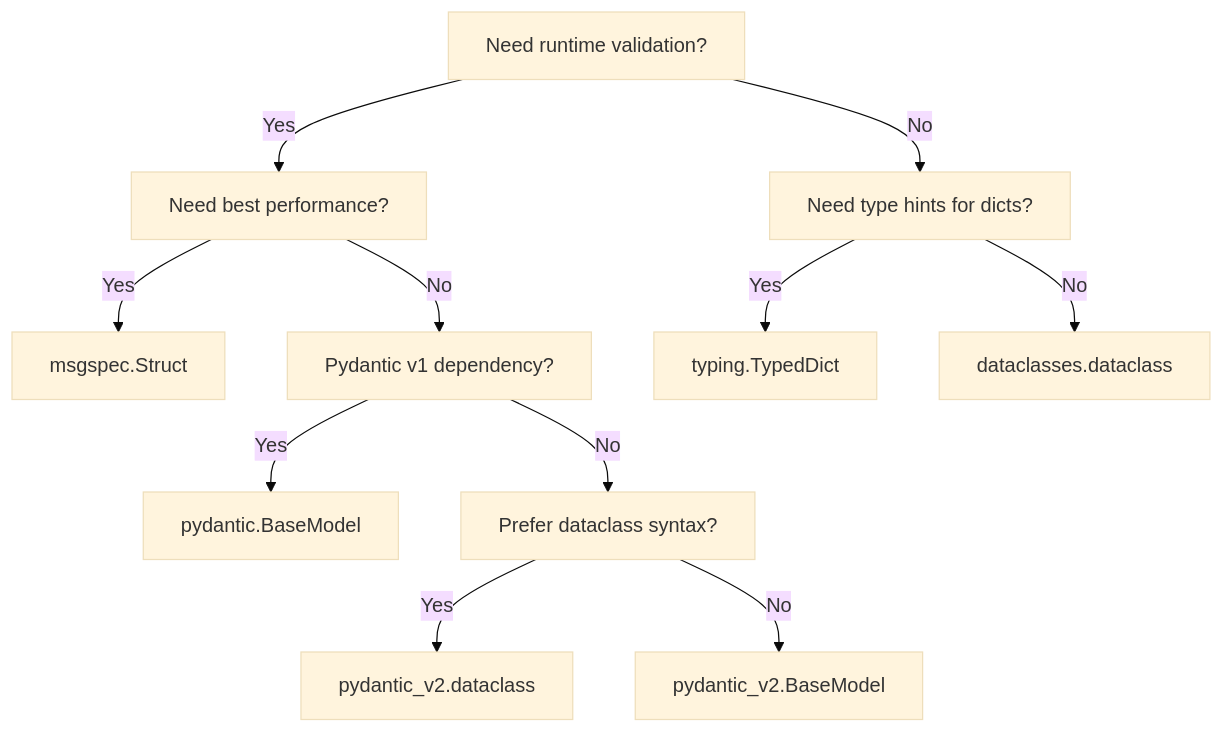
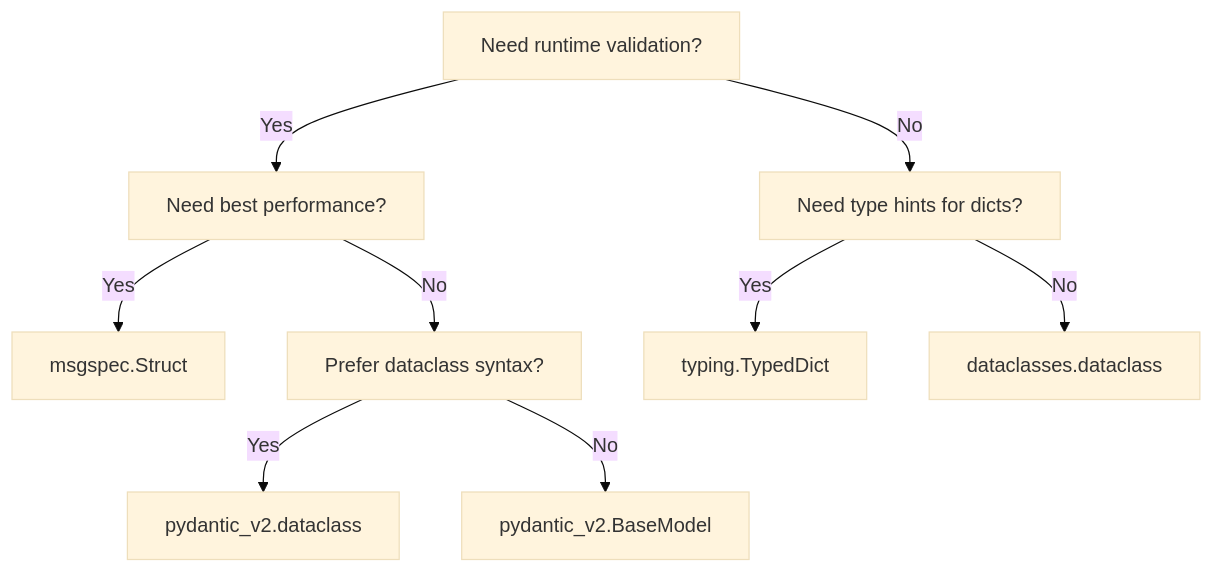
One commit to koxudaxi/datamodel-code-generator changed the diagram in docs/what_is_the_difference_between_v1_and_v2.md. Above: the diagram before and after it, drawn with Mermaid (base theme). The commit also changed other lines of this file and 380 other files, not shown here.

````diff
--- a/docs/what_is_the_difference_between_v1_and_v2.md
+++ b/docs/what_is_the_difference_between_v1_and_v2.md
@@ -222,13 +180,11 @@
 ```mermaid
 graph TD
     A[Need runtime validation?] -->|Yes| B[Need best performance?]
     A -->|No| C[Need type hints for dicts?]
     B -->|Yes| D[msgspec.Struct]
-    B -->|No| E[Pydantic v1 dependency?]
-    E -->|Yes| F[pydantic.BaseModel]
-    E -->|No| G[Prefer dataclass syntax?]
+    B -->|No| G[Prefer dataclass syntax?]
     G -->|Yes| H[pydantic_v2.dataclass]
     G -->|No| I[pydantic_v2.BaseModel]
     C -->|Yes| J[typing.TypedDict]
     C -->|No| K[dataclasses.dataclass]
 ```
````
